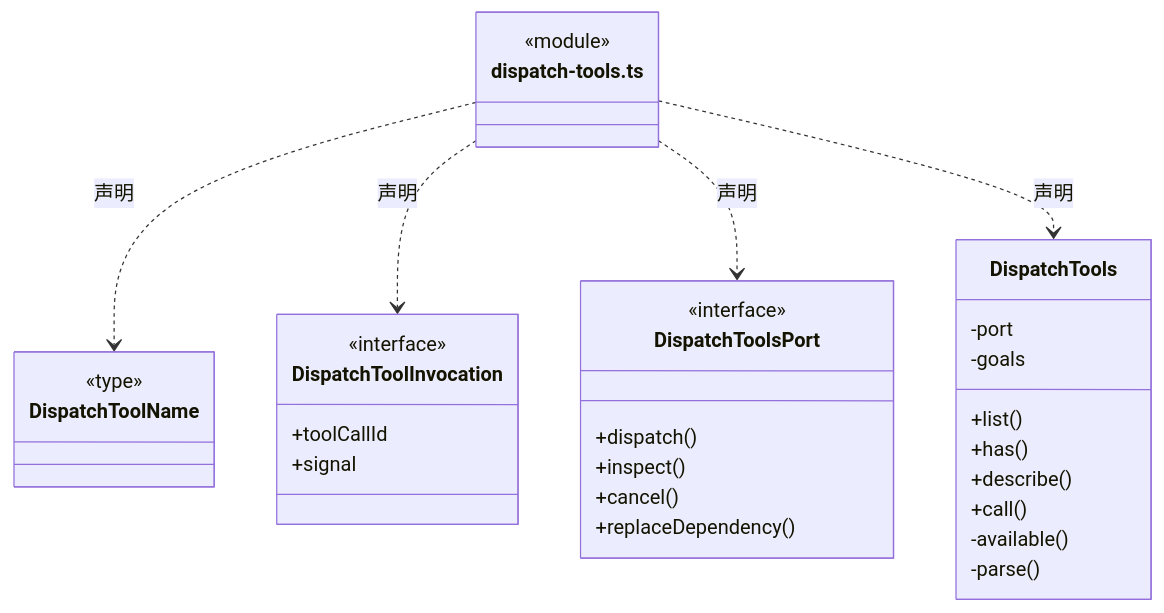
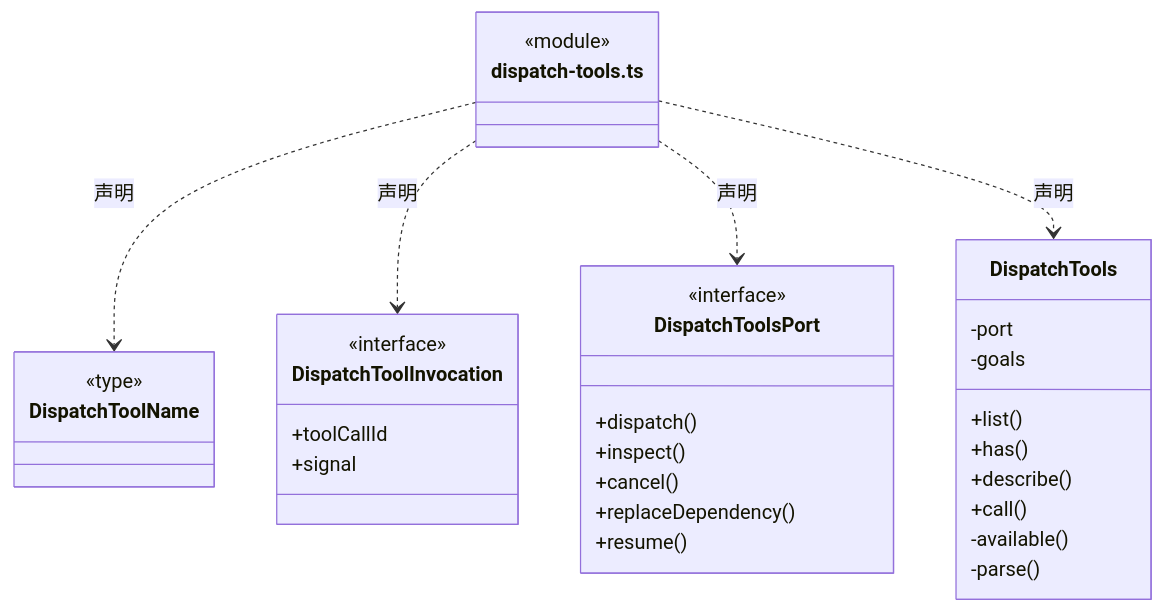
One commit to nan023062/cbim changed the first of 6 diagrams in src/backend/scheduler-engine/tools/ARCHITECTURE.md. Above: the diagram before and after it, drawn with Mermaid. The commit also changed other lines of this file and 85 other files, not shown here.

````diff
--- a/src/backend/scheduler-engine/tools/ARCHITECTURE.md
+++ b/src/backend/scheduler-engine/tools/ARCHITECTURE.md
@@ -21,36 +21,37 @@
 ```mermaid
 classDiagram
 class N_src_backend_scheduler_engine_tools_dispatch_tools_ts["dispatch-tools.ts"] {
   <<module>>
 }
 class N_src_backend_scheduler_engine_tools_dispatch_tools_ts_DispatchToolName["DispatchToolName"] {
   <<type>>
 
 }
 N_src_backend_scheduler_engine_tools_dispatch_tools_ts ..> N_src_backend_scheduler_engine_tools_dispatch_tools_ts_DispatchToolName : 声明
 class N_src_backend_scheduler_engine_tools_dispatch_tools_ts_DispatchToolInvocation["DispatchToolInvocation"] {
   <<interface>>
   +toolCallId
   +signal
 }
 N_src_backend_scheduler_engine_tools_dispatch_tools_ts ..> N_src_backend_scheduler_engine_tools_dispatch_tools_ts_DispatchToolInvocation : 声明
 class N_src_backend_scheduler_engine_tools_dispatch_tools_ts_DispatchToolsPort["DispatchToolsPort"] {
   <<interface>>
   +dispatch()
   +inspect()
   +cancel()
   +replaceDependency()
+  +resume()
 }
 N_src_backend_scheduler_engine_tools_dispatch_tools_ts ..> N_src_backend_scheduler_engine_tools_dispatch_tools_ts_DispatchToolsPort : 声明
 class N_src_backend_scheduler_engine_tools_dispatch_tools_ts_DispatchTools["DispatchTools"] {
   +list()
   +has()
   +describe()
   +call()
   -port
   -goals
   -available()
   -parse()
 }
 N_src_backend_scheduler_engine_tools_dispatch_tools_ts ..> N_src_backend_scheduler_engine_tools_dispatch_tools_ts_DispatchTools : 声明
 ```
````
